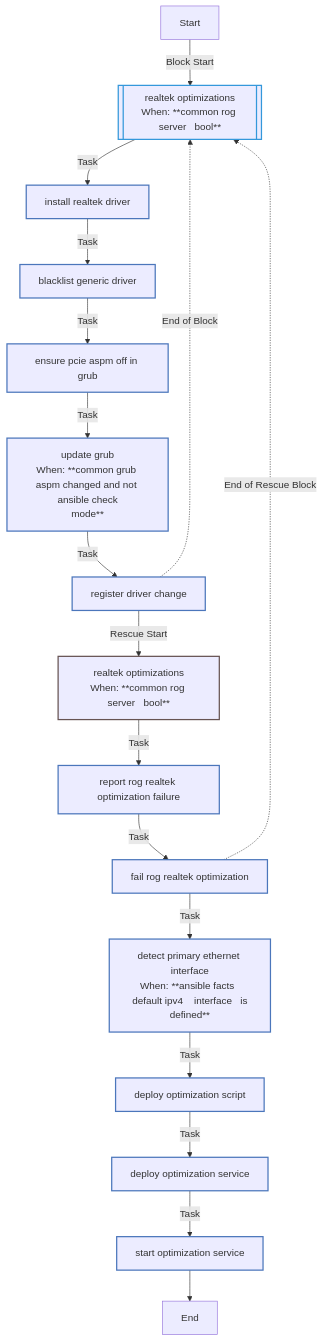
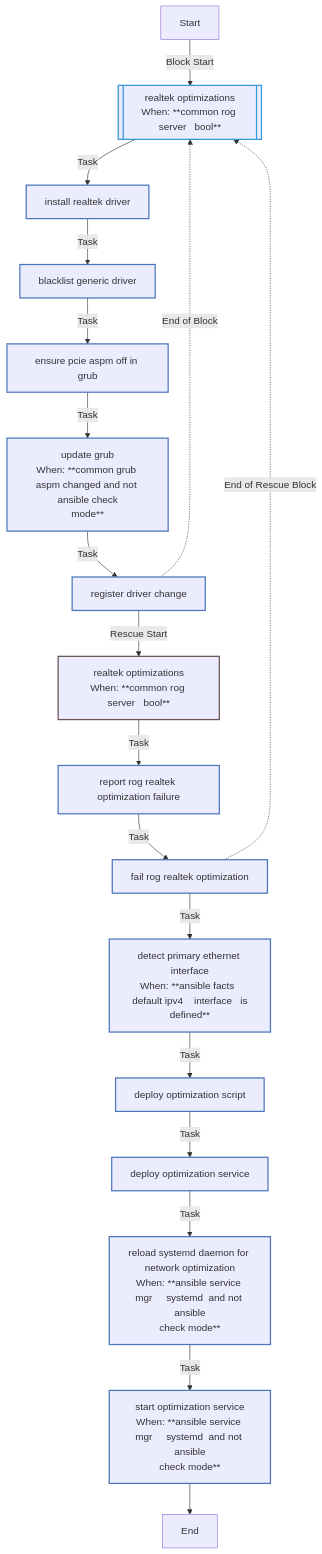
Before and after one commit to rou-cru/k3s-homelab: the sixth of 9 diagrams in roles/common/README.md, drawn with Mermaid. The commit also changed other lines of this file and 21 other files, not shown here.

````diff
--- a/roles/common/README.md
+++ b/roles/common/README.md
@@ -596,29 +649,30 @@
 ```mermaid
 flowchart TD
 Start
 classDef block stroke:#3498db,stroke-width:2px;
 classDef task stroke:#4b76bb,stroke-width:2px;
 classDef includeTasks stroke:#16a085,stroke-width:2px;
 classDef importTasks stroke:#34495e,stroke-width:2px;
 classDef includeRole stroke:#2980b9,stroke-width:2px;
 classDef importRole stroke:#699ba7,stroke-width:2px;
 classDef includeVars stroke:#8e44ad,stroke-width:2px;
 classDef rescue stroke:#665352,stroke-width:2px;
 
   Start-->|Block Start| Realtek_optimizations0_block_start_0[[realtek optimizations<br>When: **common rog server   bool**]]:::block
   Realtek_optimizations0_block_start_0-->|Task| Install_Realtek_driver0[install realtek driver]:::task
   Install_Realtek_driver0-->|Task| Blacklist_generic_driver1[blacklist generic driver]:::task
   Blacklist_generic_driver1-->|Task| Ensure_pcie_aspm_off_in_GRUB2[ensure pcie aspm off in grub]:::task
   Ensure_pcie_aspm_off_in_GRUB2-->|Task| Update_GRUB3[update grub<br>When: **common grub aspm changed and not ansible check<br>mode**]:::task
   Update_GRUB3-->|Task| Register_driver_change4[register driver change]:::task
   Register_driver_change4-.->|End of Block| Realtek_optimizations0_block_start_0
   Register_driver_change4-->|Rescue Start| Realtek_optimizations0_rescue_start_0[realtek optimizations<br>When: **common rog server   bool**]:::rescue
   Realtek_optimizations0_rescue_start_0-->|Task| Report_RoG_Realtek_optimization_failure0[report rog realtek optimization failure]:::task
   Report_RoG_Realtek_optimization_failure0-->|Task| Fail_RoG_Realtek_optimization1[fail rog realtek optimization]:::task
   Fail_RoG_Realtek_optimization1-.->|End of Rescue Block| Realtek_optimizations0_block_start_0
   Fail_RoG_Realtek_optimization1-->|Task| Detect_primary_ethernet_interface1[detect primary ethernet interface<br>When: **ansible facts  default ipv4    interface   is<br>defined**]:::task
   Detect_primary_ethernet_interface1-->|Task| Deploy_optimization_script2[deploy optimization script]:::task
   Deploy_optimization_script2-->|Task| Deploy_optimization_service3[deploy optimization service]:::task
-  Deploy_optimization_service3-->|Task| Start_optimization_service4[start optimization service]:::task
-  Start_optimization_service4-->End
+  Deploy_optimization_service3-->|Task| Reload_systemd_daemon_for_network_optimization4[reload systemd daemon for network optimization<br>When: **ansible service mgr     systemd  and not ansible<br>check mode**]:::task
+  Reload_systemd_daemon_for_network_optimization4-->|Task| Start_optimization_service5[start optimization service<br>When: **ansible service mgr     systemd  and not ansible<br>check mode**]:::task
+  Start_optimization_service5-->End
 ```
````
